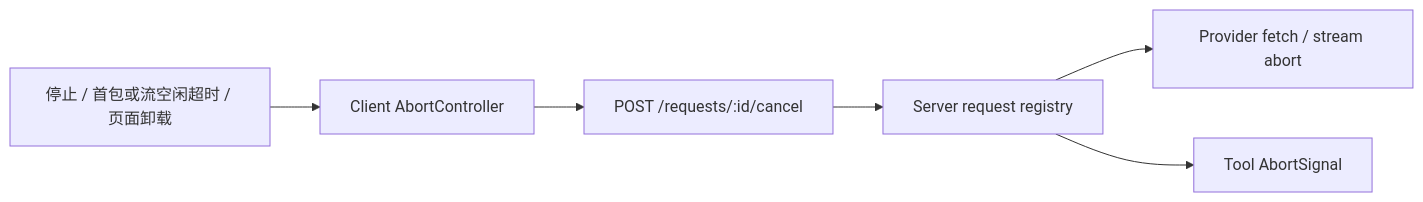
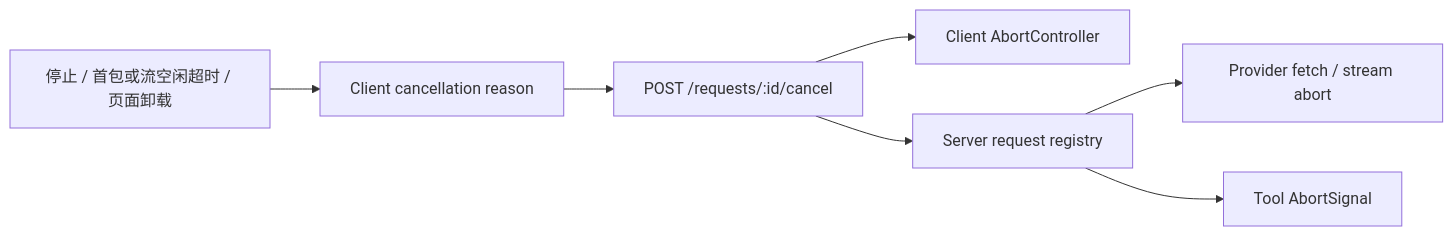
Before and after one commit to imingsmings/chatbot-dev: the sixth of 6 diagrams in docs/architecture.md, drawn with Mermaid. The commit also changed other lines of this file and 45 other files, not shown here.

````diff
--- a/docs/architecture.md
+++ b/docs/architecture.md
@@ -196,8 +198,9 @@
 ```mermaid
 flowchart LR
-  Stop["停止 / 首包或流空闲超时 / 页面卸载"] --> Abort["Client AbortController"]
-  Abort --> Cancel["POST /requests/:id/cancel"]
+  Stop["停止 / 首包或流空闲超时 / 页面卸载"] --> Classify["Client cancellation reason"]
+  Classify --> Cancel["POST /requests/:id/cancel"]
+  Cancel --> Abort["Client AbortController"]
   Cancel --> Registry["Server request registry"]
   Registry --> ProviderAbort["Provider fetch / stream abort"]
   Registry --> ToolAbort["Tool AbortSignal"]
 ```
````
